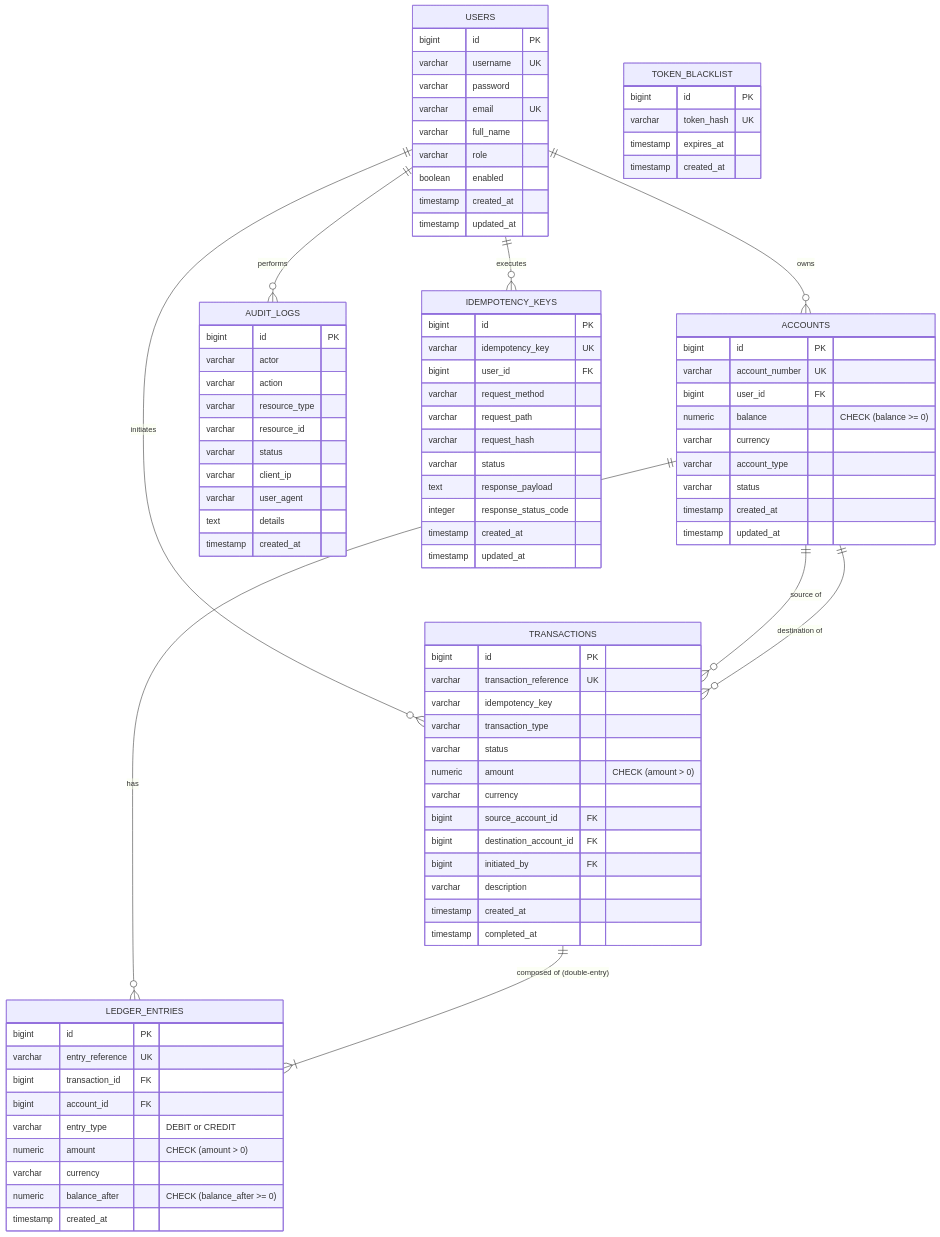
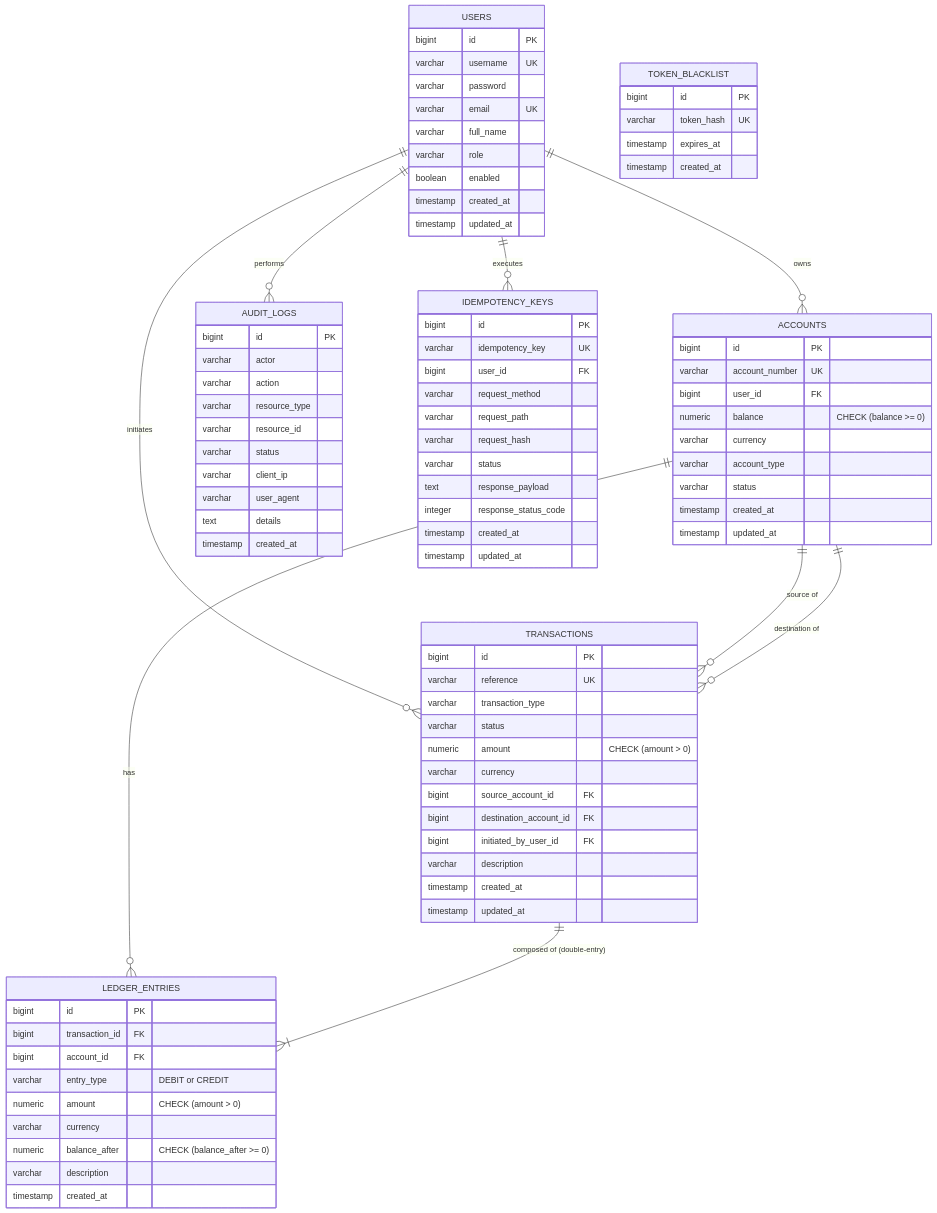
One commit to Praneethbandi05/Ledger_Line changed the diagram in docs/database-design.md. Above: the diagram before and after it, drawn with Mermaid. The commit also changed other lines of this file, not shown here.

Commit message:
docs: align database schema specification with exact PostgreSQL table columns and indexes

```diff
--- a/docs/database-design.md
+++ b/docs/database-design.md
@@ -47,29 +47,28 @@
 
     TRANSACTIONS {
         bigint id PK
-        varchar transaction_reference UK
-        varchar idempotency_key
+        varchar reference UK
         varchar transaction_type
         varchar status
         numeric amount "CHECK (amount > 0)"
         varchar currency
         bigint source_account_id FK
         bigint destination_account_id FK
-        bigint initiated_by FK
+        bigint initiated_by_user_id FK
         varchar description
         timestamp created_at
-        timestamp completed_at
+        timestamp updated_at
     }
 
     LEDGER_ENTRIES {
         bigint id PK
-        varchar entry_reference UK
         bigint transaction_id FK
         bigint account_id FK
         varchar entry_type "DEBIT or CREDIT"
         numeric amount "CHECK (amount > 0)"
         varchar currency
         numeric balance_after "CHECK (balance_after >= 0)"
+        varchar description
         timestamp created_at
     }
 
```
